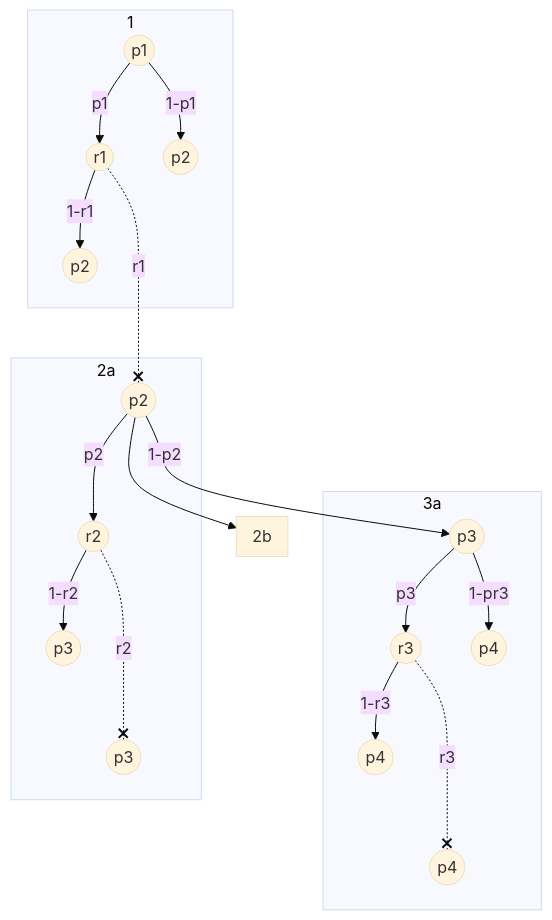
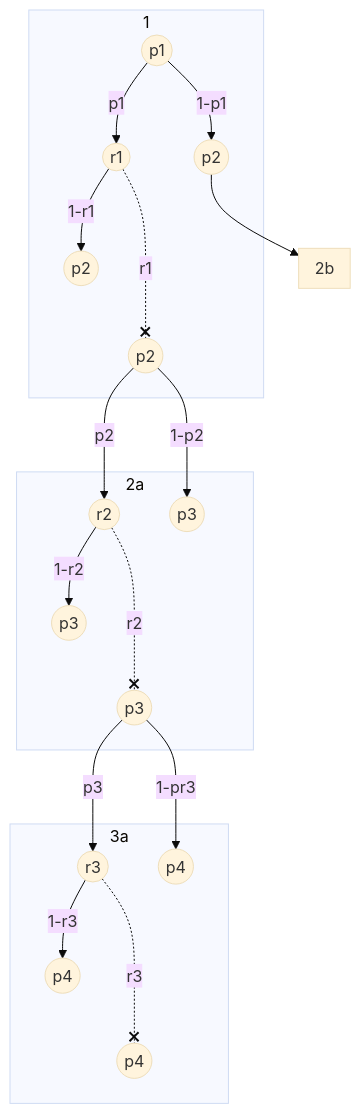
Before and after one commit to bfeitknecht/vault: the fourth of 5 diagrams in vault/sem2/AuW/UE/cx/bf/cx07-bf.md, drawn with Mermaid (base theme).

Commit message:
vault backup: 2024-05-04 02:38:03 from MacBook Pro (echo)
Affected files:
vault/sem2/AuW/UE/cx/bf/cx07-bf.md

````diff
--- a/vault/sem2/AuW/UE/cx/bf/cx07-bf.md
+++ b/vault/sem2/AuW/UE/cx/bf/cx07-bf.md
@@ -131,63 +131,48 @@
 ```mermaid
 flowchart TD
-
-id5-->2b
-
-subgraph 2b
-end
-
-
-
-
-subgraph 3a
-id7((p3))
-id10((r3))
-
-id11((p4))
-id12((p4))
-id13((p4))
-
-id7-->|"1-pr3"|id11
-id7-->|"p3"|id10
-id10-->|"1-r3"|id12
-id10-..-x|"r3"|id13
-end
-
-
-
-
-subgraph 2a
-id5((p2))
-id6((r2))
-
-id7((p3))
-id8((p3))
-id9((p3))
-
-id5-->|"1-p2"|id7
-id5-->|"p2"|id6
-id6-->|"1-r2"|id8
-id6-..-x|"r2"|id9
-end
-
 
 subgraph 1
 id1((p1))
 id2((r1))
 
 id3((p2))
 id4((p2))
 id5((p2))
 
 id1-->|"1-p1"|id3
 id1-->|"p1"|id2
 id2-->|"1-r1"|id4
 id2-..-x|"r1"|id5
 end
 
+subgraph 2a
+id6((r2))
 
+id7((p3))
+id8((p3))
+id9((p3))
 
+id5-->|"1-p2"|id7
+id5-->|"p2"|id6
+id6-->|"1-r2"|id8
+id6-..-x|"r2"|id9
+end
 
+id3-->2b
+subgraph 2b
+end
 
+subgraph 3a
+id10((r3))
+
+id11((p4))
+id12((p4))
+id13((p4))
+
+id9-->|"1-pr3"|id11
+id9-->|"p3"|id10
+id10-->|"1-r3"|id12
+id10-..-x|"r3"|id13
+end
 
 ```
````
